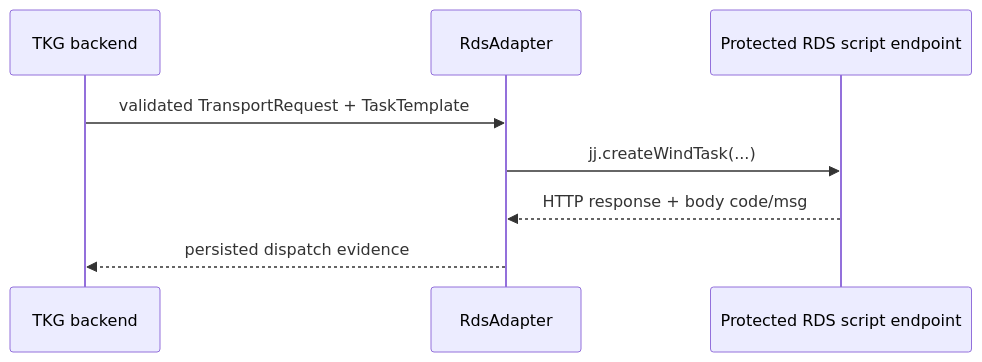
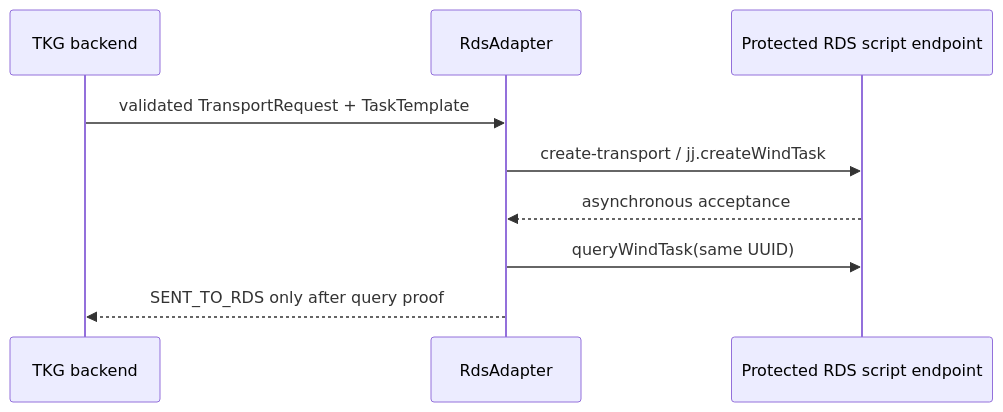
The second of 2 diagrams in docs/RDS_PDA_INTEGRATION_SPEC.md (LOGIROBOTIC/TKG_PDA), drawn with Mermaid before and after one commit. The commit also changed other lines of this file and 48 other files, not shown here.

Commit message:
feat: integrate RDS task execution

````diff
--- a/docs/RDS_PDA_INTEGRATION_SPEC.md
+++ b/docs/RDS_PDA_INTEGRATION_SPEC.md
@@ -76,10 +76,11 @@
 ```mermaid
 sequenceDiagram
     participant T as TKG backend
     participant A as RdsAdapter
     participant R as Protected RDS script endpoint
     T->>A: validated TransportRequest + TaskTemplate
-    A->>R: jj.createWindTask(...)
-    R-->>A: HTTP response + body code/msg
-    A-->>T: persisted dispatch evidence
+    A->>R: create-transport / jj.createWindTask
+    R-->>A: asynchronous acceptance
+    A->>R: queryWindTask(same UUID)
+    A-->>T: SENT_TO_RDS only after query proof
 ```
````
